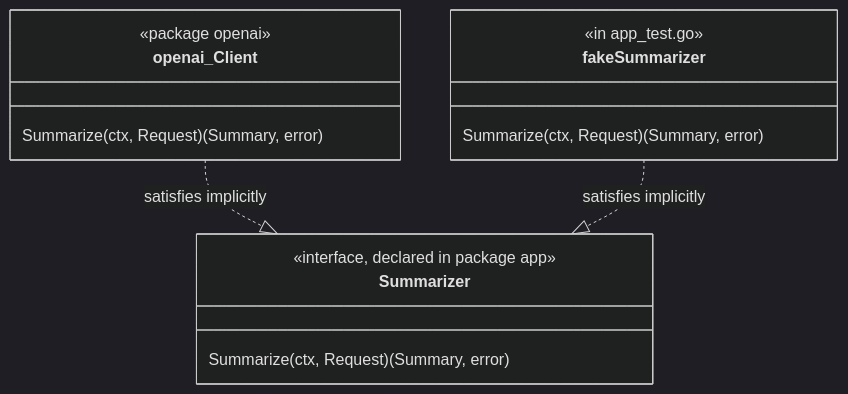
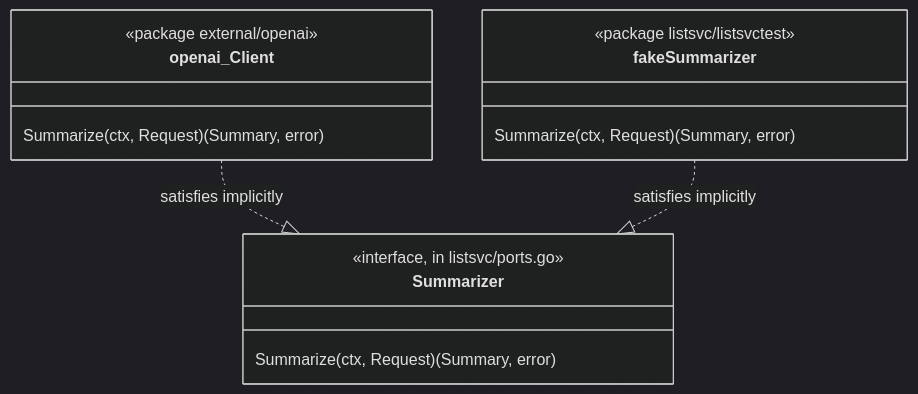
One commit to vsheshjain/code-taste-golang changed the second of 2 diagrams in skills/code-taste-golang/docs/architecture/README.md. Above: the diagram before and after it, drawn with Mermaid (dark theme). The commit also changed other lines of this file and 33 other files, not shown here.

````diff
--- a/skills/code-taste-golang/docs/architecture/README.md
+++ b/skills/code-taste-golang/docs/architecture/README.md
@@ -29,17 +29,17 @@
 ```mermaid
 classDiagram
     class Summarizer {
-        <<interface, declared in package app>>
+        <<interface, in listsvc/ports.go>>
         Summarize(ctx, Request) (Summary, error)
     }
     class openai_Client {
-        <<package openai>>
+        <<package external/openai>>
         Summarize(ctx, Request) (Summary, error)
     }
     class fakeSummarizer {
-        <<in app_test.go>>
+        <<package listsvc/listsvctest>>
         Summarize(ctx, Request) (Summary, error)
     }
     openai_Client ..|> Summarizer : satisfies implicitly
     fakeSummarizer ..|> Summarizer : satisfies implicitly
 ```
````
